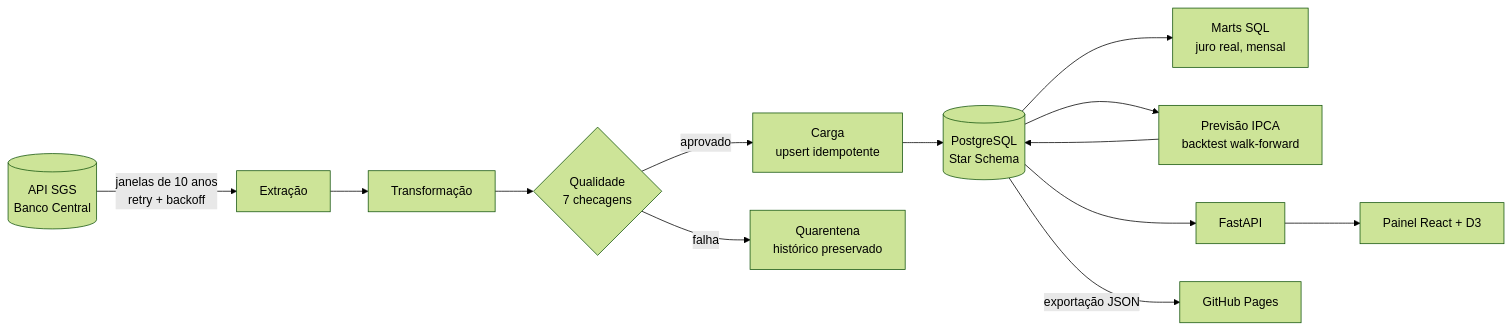
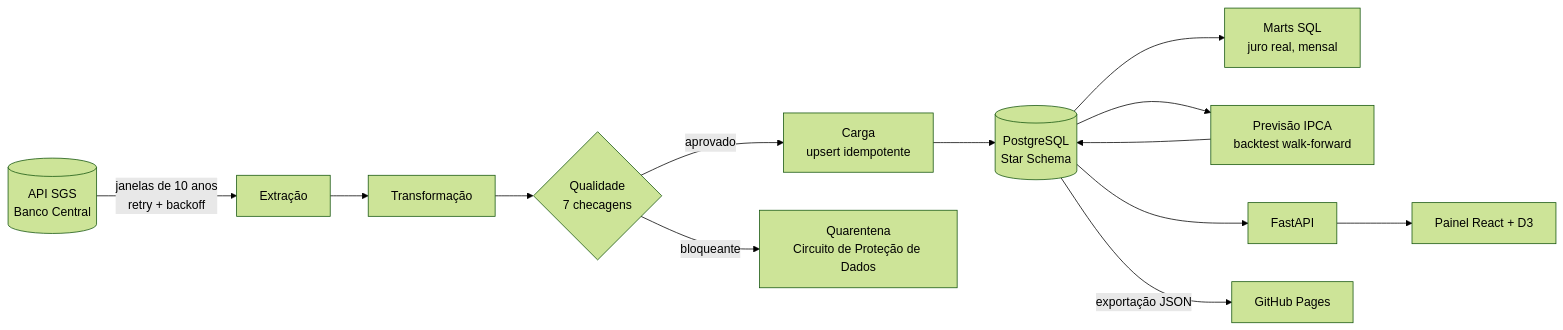
Before and after one commit to FlavioCraftsCode/bcb_pipeline_dados: the first of 2 diagrams in README.md, drawn with Mermaid (forest theme). The commit also changed other lines of this file, not shown here.

````diff
--- a/README.md
+++ b/README.md
@@ -36,15 +36,15 @@
 ```mermaid
 flowchart LR
     SGS[(API SGS<br/>Banco Central)] -->|janelas de 10 anos<br/>retry + backoff| E[Extração]
     E --> T[Transformação]
     T --> Q{Qualidade<br/>7 checagens}
     Q -->|aprovado| C[Carga<br/>upsert idempotente]
-    Q -->|falha| X[Quarentena<br/>histórico preservado]
+    Q -->|bloqueante| X[Quarentena<br/>Circuito de Proteção de Dados]
     C --> DW[(PostgreSQL<br/>Star Schema)]
     DW --> M[Marts SQL<br/>juro real, mensal]
     DW --> P[Previsão IPCA<br/>backtest walk-forward]
     P --> DW
     DW --> API[FastAPI]
     API --> UI[Painel React + D3]
     DW -->|exportação JSON| GH[GitHub Pages]
 ```
````
